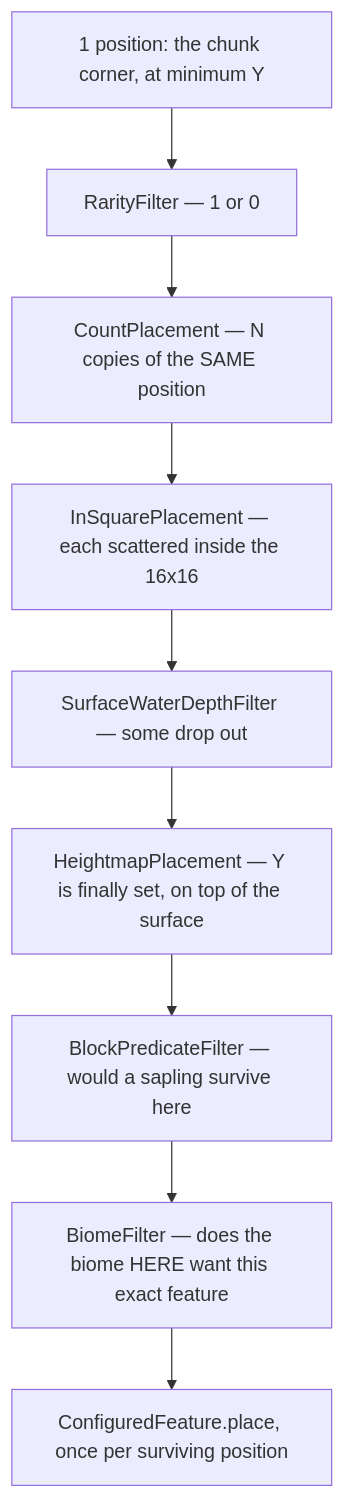
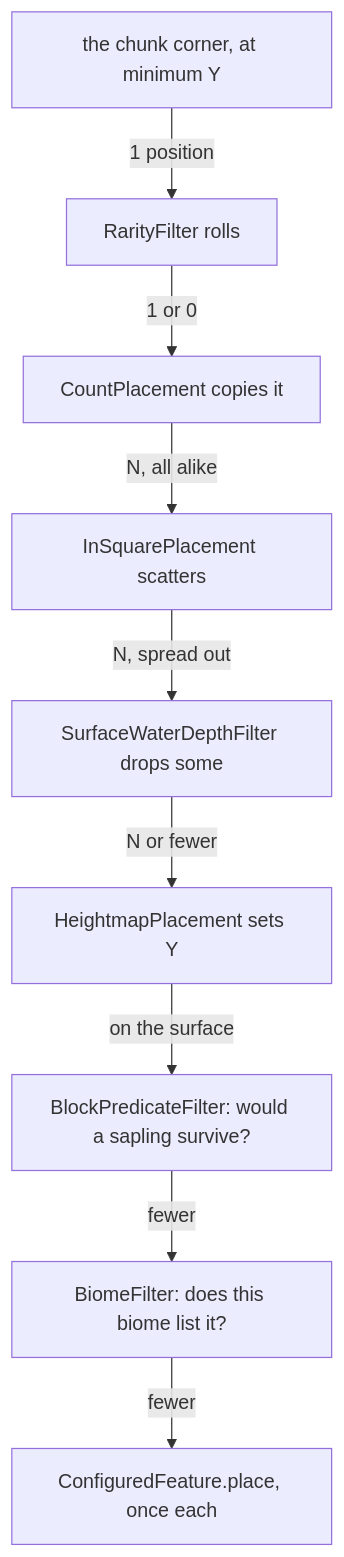
One commit to AlexanderjFraser/MinecraftDocs changed the first of 2 diagrams in src/systems/worldgen/features-and-placement.md. Above: the diagram before and after it, drawn with Mermaid. The commit also changed other lines of this file and 16 other files, not shown here.

First line of the commit message:
pass 7, session L — Part XII: a figure that contradicted its page's own hook, twice, and the caller's method at the callee in a tenth part of ten

````diff
--- a/src/systems/worldgen/features-and-placement.md
+++ b/src/systems/worldgen/features-and-placement.md
@@ -31,11 +31,11 @@
 ```mermaid
-flowchart TB
-    A["1 position: the chunk corner, at minimum Y"] --> B["RarityFilter — 1 or 0"]
-    B --> C["CountPlacement — N copies of the SAME position"]
-    C --> D["InSquarePlacement — each scattered inside the 16x16"]
-    D --> E["SurfaceWaterDepthFilter — some drop out"]
-    E --> F["HeightmapPlacement — Y is finally set, on top of the surface"]
-    F --> G["BlockPredicateFilter — would a sapling survive here"]
-    G --> H["BiomeFilter — does the biome HERE want this exact feature"]
-    H --> I["ConfiguredFeature.place, once per surviving position"]
+flowchart TD
+    A["the chunk corner, at minimum Y"] -->|"1 position"| B["RarityFilter rolls"]
+    B -->|"1 or 0"| C["CountPlacement copies it"]
+    C -->|"N, all alike"| D["InSquarePlacement scatters"]
+    D -->|"N, spread out"| E["SurfaceWaterDepthFilter drops some"]
+    E -->|"N or fewer"| F["HeightmapPlacement sets Y"]
+    F -->|"on the surface"| G["BlockPredicateFilter: would a sapling survive?"]
+    G -->|"fewer"| H["BiomeFilter: does this biome list it?"]
+    H -->|"fewer"| I["ConfiguredFeature.place, once each"]
 ```
````
